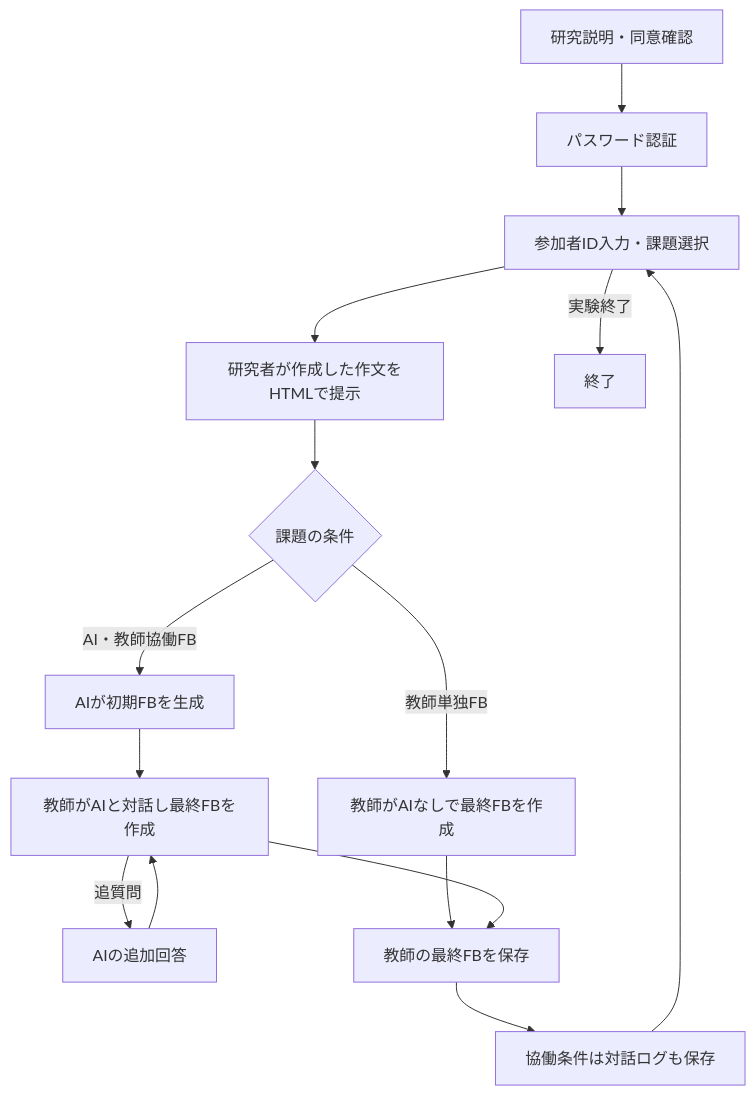
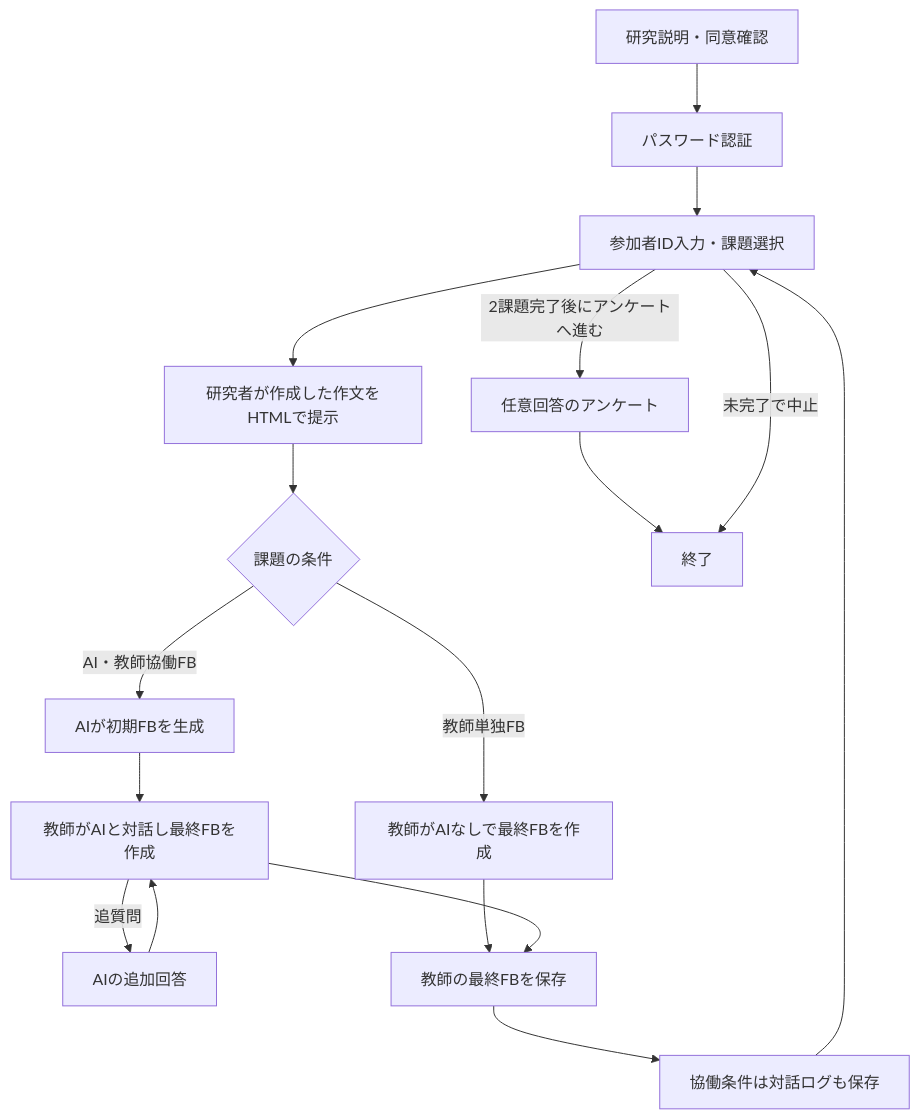
The diagram in README.md (Yu-kara/FB-experiment), drawn with Mermaid before and after one commit. The commit also changed other lines of this file, not shown here.

````diff
--- a/README.md
+++ b/README.md
@@ -11,17 +11,19 @@
 ```mermaid
 flowchart TD
     A[研究説明・同意確認] --> B[パスワード認証]
     B --> C[参加者ID入力・課題選択]
     C --> D[研究者が作成した作文をHTMLで提示]
     D --> E{課題の条件}
     E -->|教師単独FB| F[教師がAIなしで最終FBを作成]
     E -->|AI・教師協働FB| G[AIが初期FBを生成]
     G --> H[教師がAIと対話し最終FBを作成]
     H -->|追質問| G2[AIの追加回答]
     G2 --> H
     F --> I[教師の最終FBを保存]
     H --> I
     I --> J[協働条件は対話ログも保存]
     J --> C
-    C -->|実験終了| K[終了]
+    C -->|2課題完了後にアンケートへ進む| L[任意回答のアンケート]
+    L --> K[終了]
+    C -->|未完了で中止| K
 ```
````
